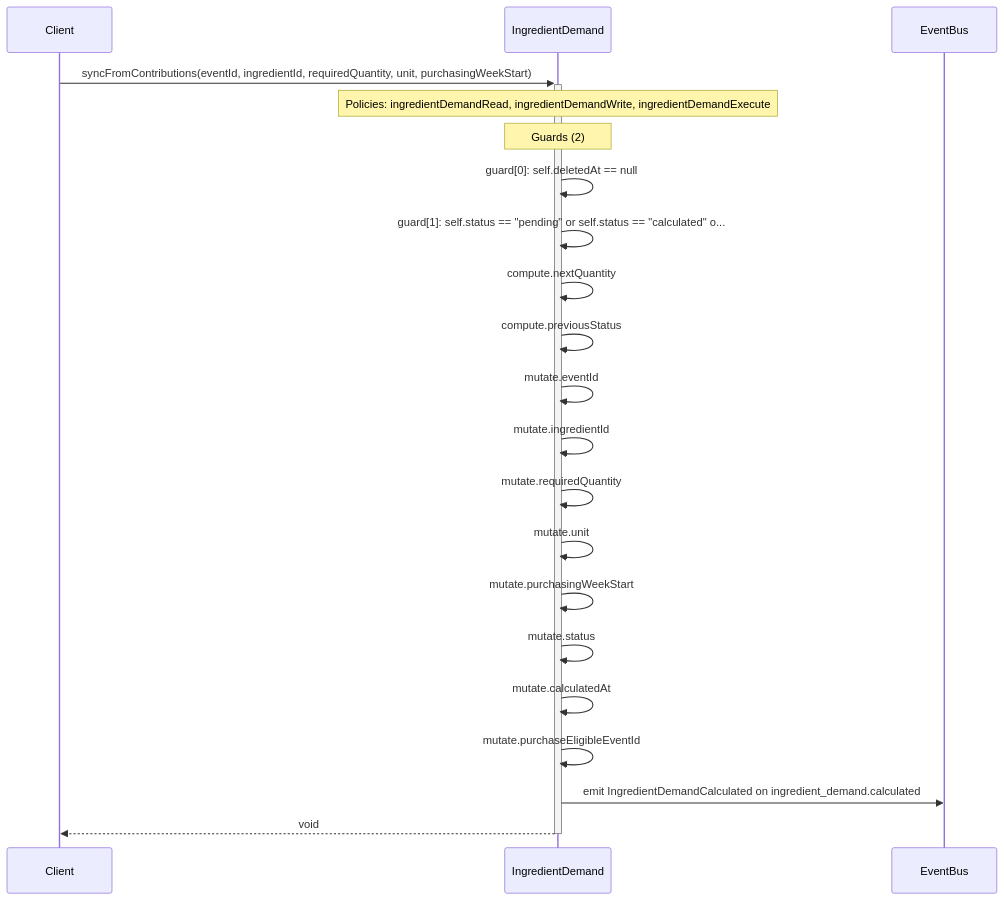
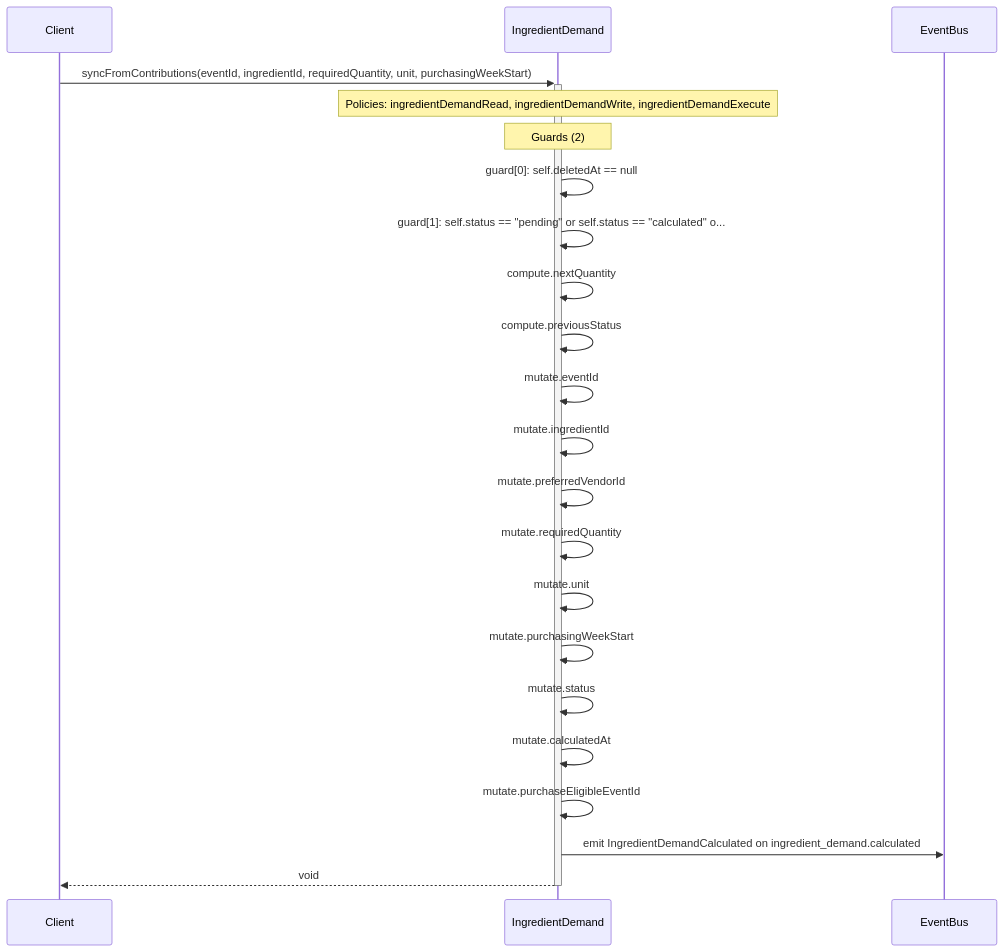
The diagram in diagrams/sequence-IngredientDemand-syncFromContributions.mmd (Angriff36/capsule), drawn with Mermaid before and after one commit. The commit also changed 690 other files, not shown here.

```diff
--- a/diagrams/sequence-IngredientDemand-syncFromContributions.mmd
+++ b/diagrams/sequence-IngredientDemand-syncFromContributions.mmd
@@ -1,21 +1,22 @@
 sequenceDiagram
     participant Client
     participant IngredientDemand as IngredientDemand
     participant EventBus
     Client->>+IngredientDemand: syncFromContributions(eventId, ingredientId, requiredQuantity, unit, purchasingWeekStart)
     Note over IngredientDemand: Policies: ingredientDemandRead, ingredientDemandWrite, ingredientDemandExecute
     Note over IngredientDemand: Guards (2)
     IngredientDemand->>IngredientDemand: guard[0]: self.deletedAt == null
     IngredientDemand->>IngredientDemand: guard[1]: self.status == #quot;pending#quot; or self.status == #quot;calculated#quot; o...
     IngredientDemand->>IngredientDemand: compute.nextQuantity
     IngredientDemand->>IngredientDemand: compute.previousStatus
     IngredientDemand->>IngredientDemand: mutate.eventId
     IngredientDemand->>IngredientDemand: mutate.ingredientId
+    IngredientDemand->>IngredientDemand: mutate.preferredVendorId
     IngredientDemand->>IngredientDemand: mutate.requiredQuantity
     IngredientDemand->>IngredientDemand: mutate.unit
     IngredientDemand->>IngredientDemand: mutate.purchasingWeekStart
     IngredientDemand->>IngredientDemand: mutate.status
     IngredientDemand->>IngredientDemand: mutate.calculatedAt
     IngredientDemand->>IngredientDemand: mutate.purchaseEligibleEventId
     IngredientDemand->>EventBus: emit IngredientDemandCalculated on ingredient_demand.calculated
     IngredientDemand-->>-Client: void
```
